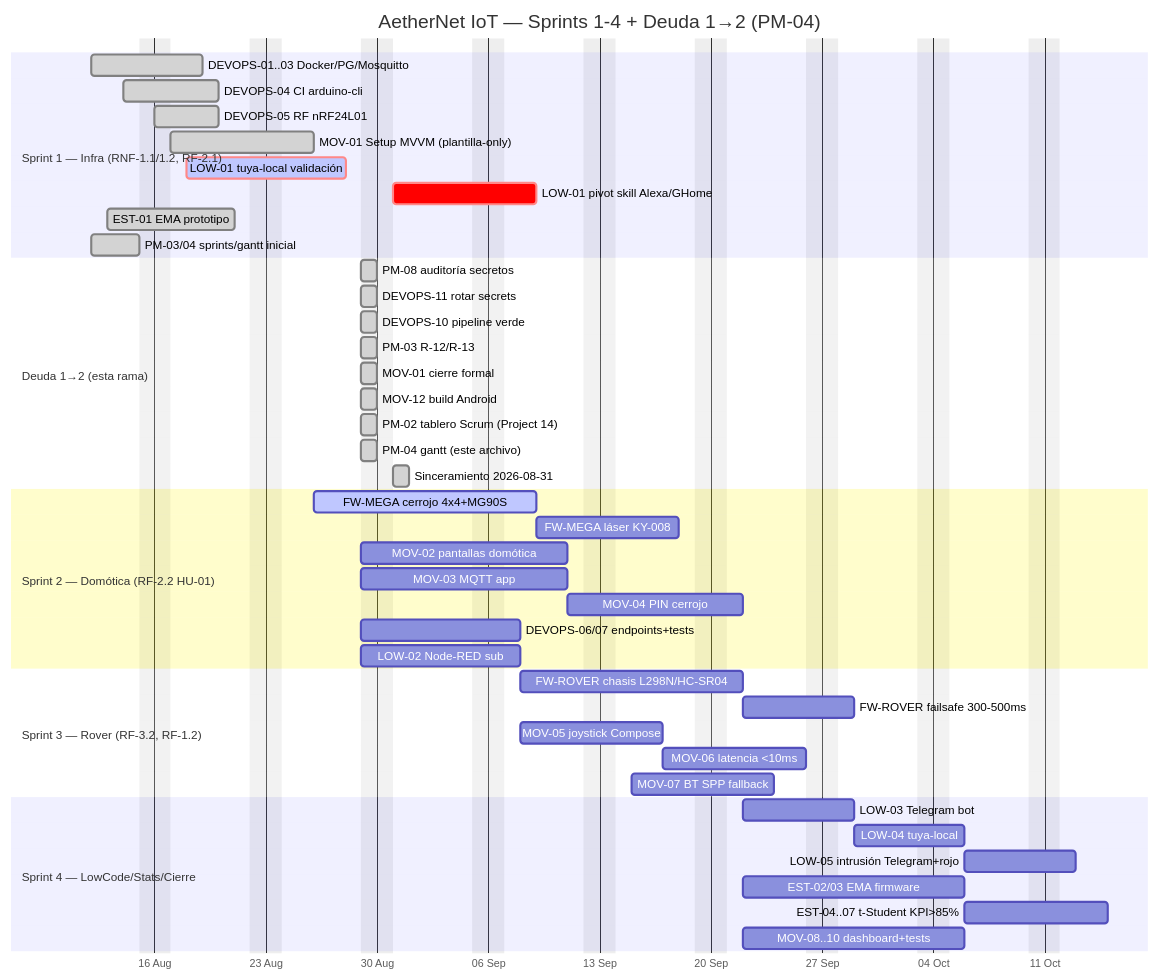
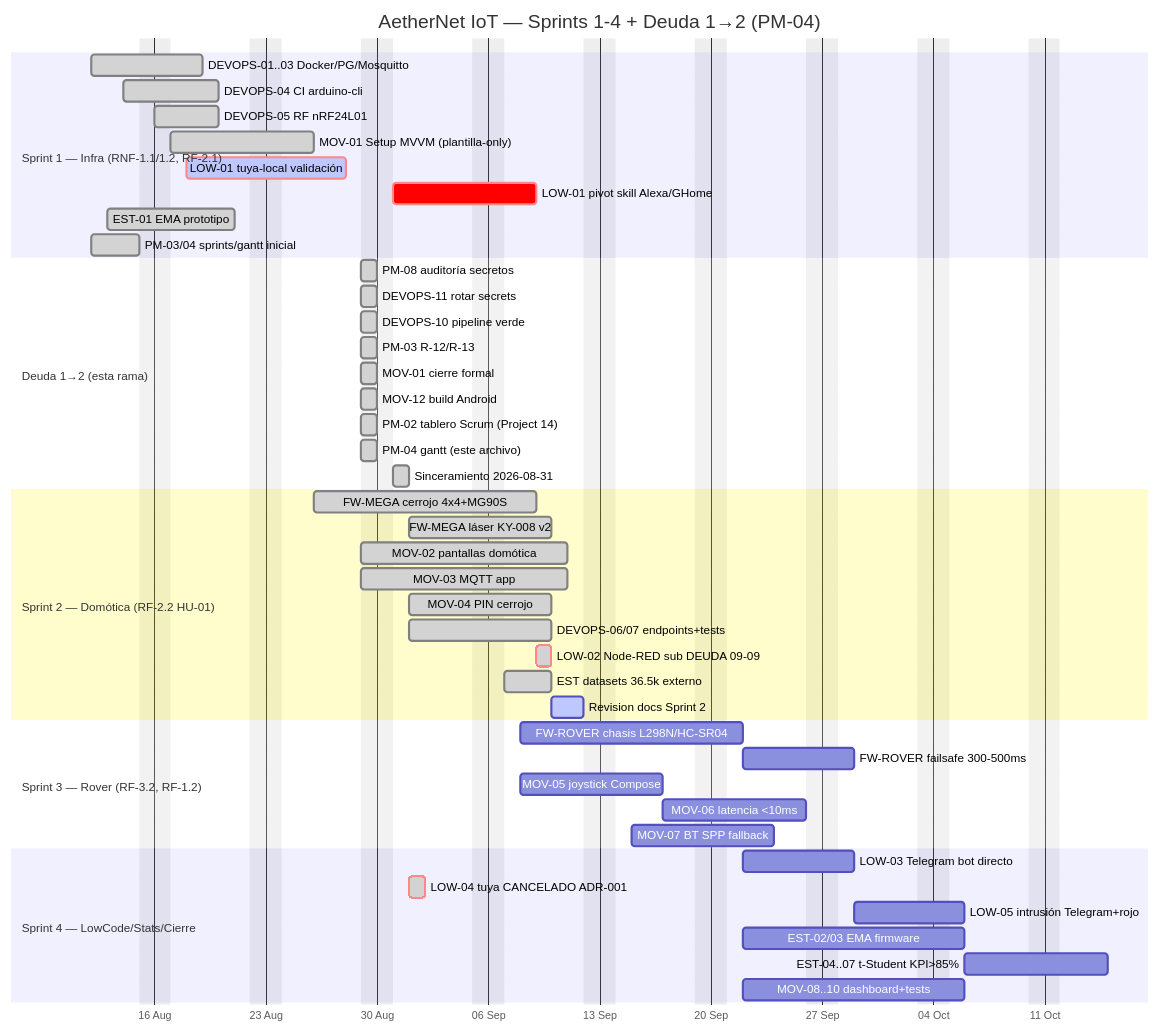
One commit to Craos6518/AetherNet-IoT-Autonomous-Rover changed the diagram in docs/gantt.md. Above: the diagram before and after it, drawn with Mermaid. The commit also changed other lines of this file and 19 other files, not shown here.

````diff
--- a/docs/gantt.md
+++ b/docs/gantt.md
@@ -7,52 +7,54 @@
 ```mermaid
 gantt
     title AetherNet IoT — Sprints 1-4 + Deuda 1→2 (PM-04)
     dateFormat  YYYY-MM-DD
     axisFormat  %d %b
     excludes    weekends
 
     section Sprint 1 — Infra (RNF-1.1/1.2, RF-2.1)
     DEVOPS-01..03 Docker/PG/Mosquitto   :done,  s1a, 2026-08-12, 5d
     DEVOPS-04 CI arduino-cli            :done,  s1b, 2026-08-14, 4d
     DEVOPS-05 RF nRF24L01                :done,  s1c, 2026-08-16, 4d
     MOV-01 Setup MVVM (plantilla-only)   :done,  s1d, 2026-08-17, 7d
     LOW-01 tuya-local validación         :crit, active, s1e, 2026-08-18, 8d
     LOW-01 pivot skill Alexa/GHome      :crit, s1e2, 2026-08-31, 7d
     EST-01 EMA prototipo                 :done,  s1f, 2026-08-13, 6d
     PM-03/04 sprints/gantt inicial      :done,  s1g, 2026-08-12, 3d
 
     section Deuda 1→2 (esta rama)
     PM-08 auditoría secretos            :done,  d1, 2026-08-29, 1d
     DEVOPS-11 rotar secrets             :done,  d2, 2026-08-29, 1d
     DEVOPS-10 pipeline verde            :done,  d3, 2026-08-29, 1d
     PM-03 R-12/R-13                     :done,  d4, 2026-08-29, 1d
     MOV-01 cierre formal                :done,  d5, 2026-08-29, 1d
     MOV-12 build Android                :done,  d6, 2026-08-29, 1d
     PM-02 tablero Scrum (Project 14)    :done,  d7, 2026-08-29, 1d
     PM-04 gantt (este archivo)          :done,  d8, 2026-08-29, 1d
     Sinceramiento 2026-08-31             :done,  d9, 2026-08-31, 1d
 
     section Sprint 2 — Domótica (RF-2.2 HU-01)
-    FW-MEGA cerrojo 4x4+MG90S            :active, s2a, 2026-08-26, 10d
-    FW-MEGA láser KY-008                :       s2b, after s2a, 7d
-    MOV-02 pantallas domótica            :       s2c, 2026-08-29, 10d
-    MOV-03 MQTT app                      :       s2d, 2026-08-29, 10d
-    MOV-04 PIN cerrojo                   :       s2e, after s2d, 7d
-    DEVOPS-06/07 endpoints+tests         :       s2f, 2026-08-29, 7d
-    LOW-02 Node-RED sub                 :       s2g, 2026-08-29, 7d
+    FW-MEGA cerrojo 4x4+MG90S            :done, s2a, 2026-08-26, 10d
+    FW-MEGA láser KY-008 v2             :done, s2b, 2026-09-01, 7d
+    MOV-02 pantallas domótica            :done, s2c, 2026-08-29, 10d
+    MOV-03 MQTT app                      :done, s2d, 2026-08-29, 10d
+    MOV-04 PIN cerrojo                   :done, s2e, 2026-09-01, 7d
+    DEVOPS-06/07 endpoints+tests         :done, s2f, 2026-09-01, 7d
+    LOW-02 Node-RED sub DEUDA 09-09     :crit, done, s2g, 2026-09-09, 1d
+    EST datasets 36.5k externo           :done, s2h, 2026-09-07, 3d
+    Revision docs Sprint 2               :active, s2i, 2026-09-10, 2d
 
     section Sprint 3 — Rover (RF-3.2, RF-1.2)
     FW-ROVER chasis L298N/HC-SR04        :       s3a, 2026-09-08, 10d
     FW-ROVER failsafe 300-500ms          :       s3b, after s3a, 5d
     MOV-05 joystick Compose               :       s3c, 2026-09-08, 7d
     MOV-06 latencia <10ms                :       s3d, after s3c, 7d
     MOV-07 BT SPP fallback               :       s3e, 2026-09-15, 7d
 
     section Sprint 4 — LowCode/Stats/Cierre
-    LOW-03 Telegram bot                  :       s4a, 2026-09-22, 5d
-    LOW-04 tuya-local                    :       s4b, after s4a, 5d
-    LOW-05 intrusión Telegram+rojo       :       s4c, after s4b, 5d
+    LOW-03 Telegram bot directo          :       s4a, 2026-09-22, 5d
+    LOW-04 tuya CANCELADO ADR-001        :crit, done, s4b, 2026-09-01, 1d
+    LOW-05 intrusión Telegram+rojo       :       s4c, after s4a, 5d
     EST-02/03 EMA firmware               :       s4d, 2026-09-22, 10d
     EST-04..07 t-Student KPI>85%         :       s4e, after s4d, 7d
     MOV-08..10 dashboard+tests           :       s4f, 2026-09-22, 10d
 ```
````
